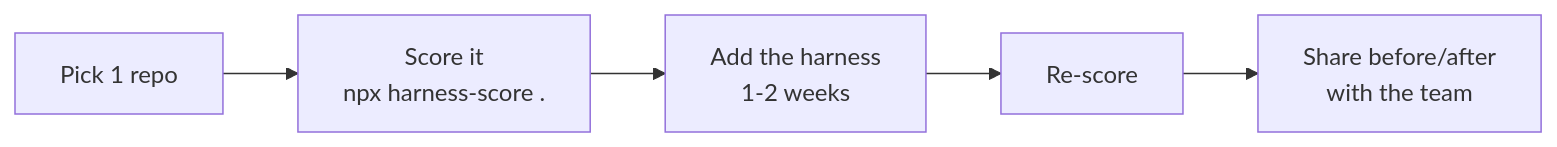
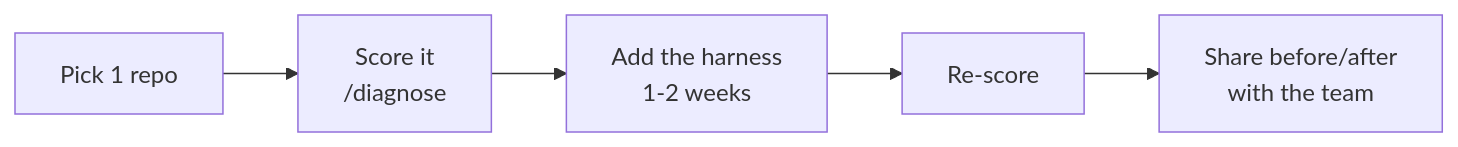
One commit to Dharmik2510/agent-harness-blueprint changed the diagram in docs/modules/o2-team-rollout.md. Above: the diagram before and after it, drawn with Mermaid. The commit also changed other lines of this file and 23 other files, not shown here.

````diff
--- a/docs/modules/o2-team-rollout.md
+++ b/docs/modules/o2-team-rollout.md
@@ -48,7 +48,7 @@
 ```mermaid
 flowchart LR
-  A[Pick 1 repo] --> B[Score it<br/>npx harness-score .]
+  A[Pick 1 repo] --> B[Score it<br/>/diagnose]
   B --> C[Add the harness<br/>1-2 weeks]
   C --> D[Re-score]
   D --> E[Share before/after<br/>with the team]
 ```
````
